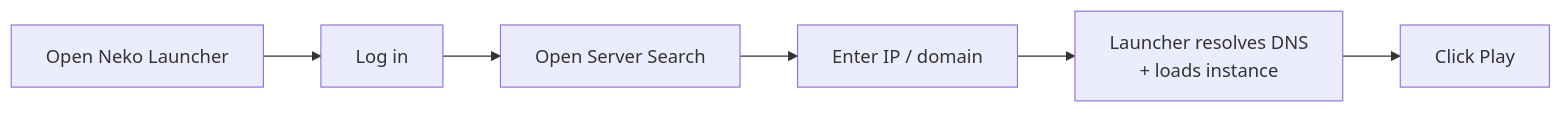
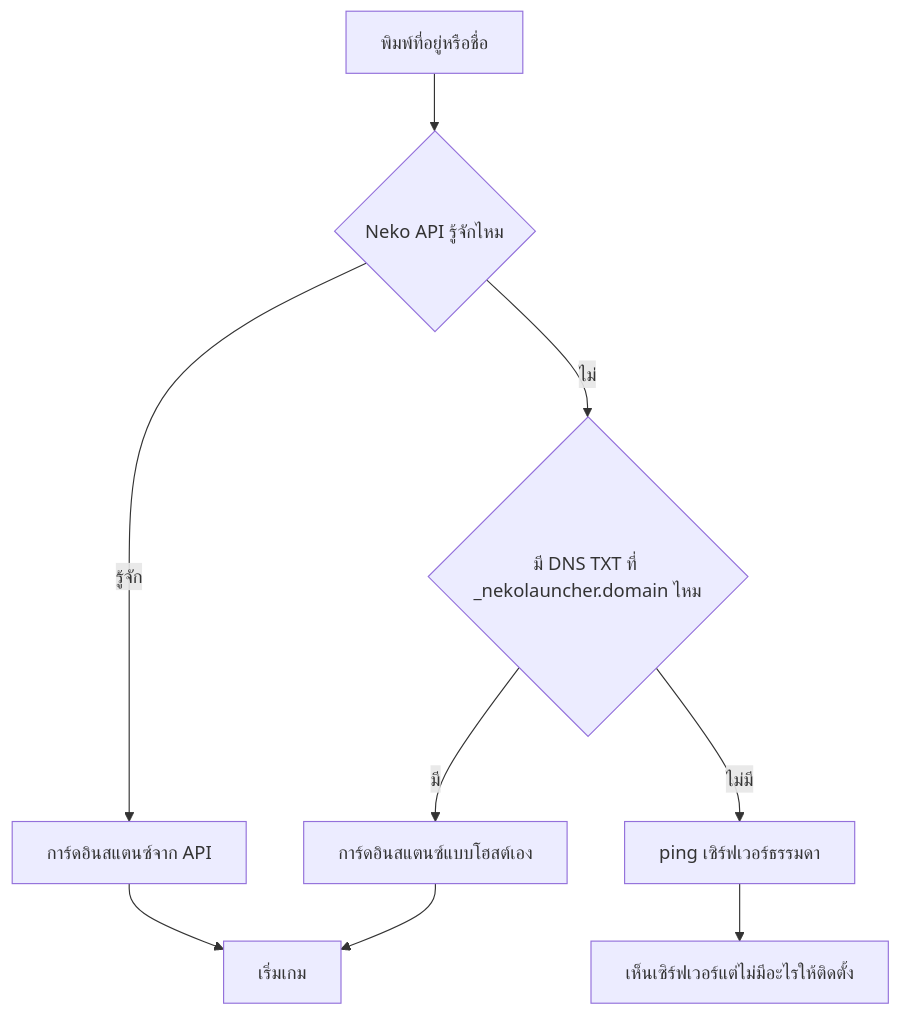
One commit to alice-magic/wiki changed the diagram in th/how-to/join-with-ip-address.md. Above: the diagram before and after it, drawn with Mermaid. The commit also changed other lines of this file and 43 other files, not shown here.

````diff
--- a/th/how-to/join-with-ip-address.md
+++ b/th/how-to/join-with-ip-address.md
@@ -16,8 +9,11 @@
 ```mermaid
-flowchart LR
-    A[Open Neko Launcher] --> B[Log in]
-    B --> C[Open Server Search]
-    C --> D[Enter IP / domain]
-    D --> E[Launcher resolves DNS<br/>+ loads instance]
-    E --> F[Click Play]
+flowchart TD
+    A[พิมพ์ที่อยู่หรือชื่อ] --> B{Neko API รู้จักไหม}
+    B -- รู้จัก --> C[การ์ดอินสแตนซ์จาก API]
+    B -- ไม่ --> D{มี DNS TXT ที่ _nekolauncher.domain ไหม}
+    D -- มี --> E[การ์ดอินสแตนซ์แบบโฮสต์เอง]
+    D -- ไม่มี --> F[ping เซิร์ฟเวอร์ธรรมดา]
+    C --> G[เริ่มเกม]
+    E --> G
+    F --> H[เห็นเซิร์ฟเวอร์แต่ไม่มีอะไรให้ติดตั้ง]
 ```
````
